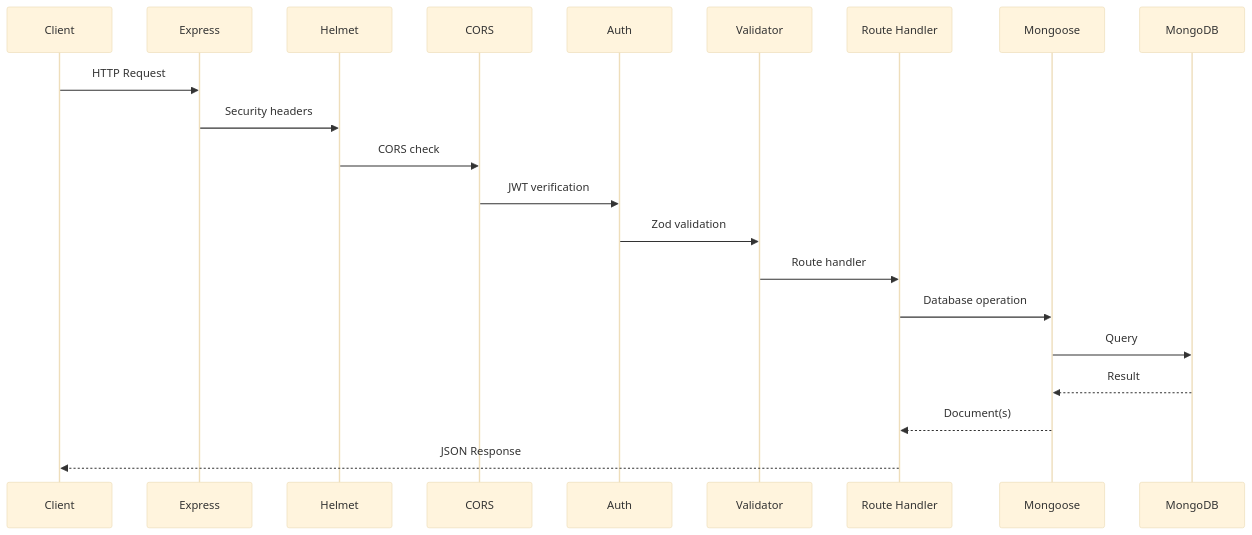
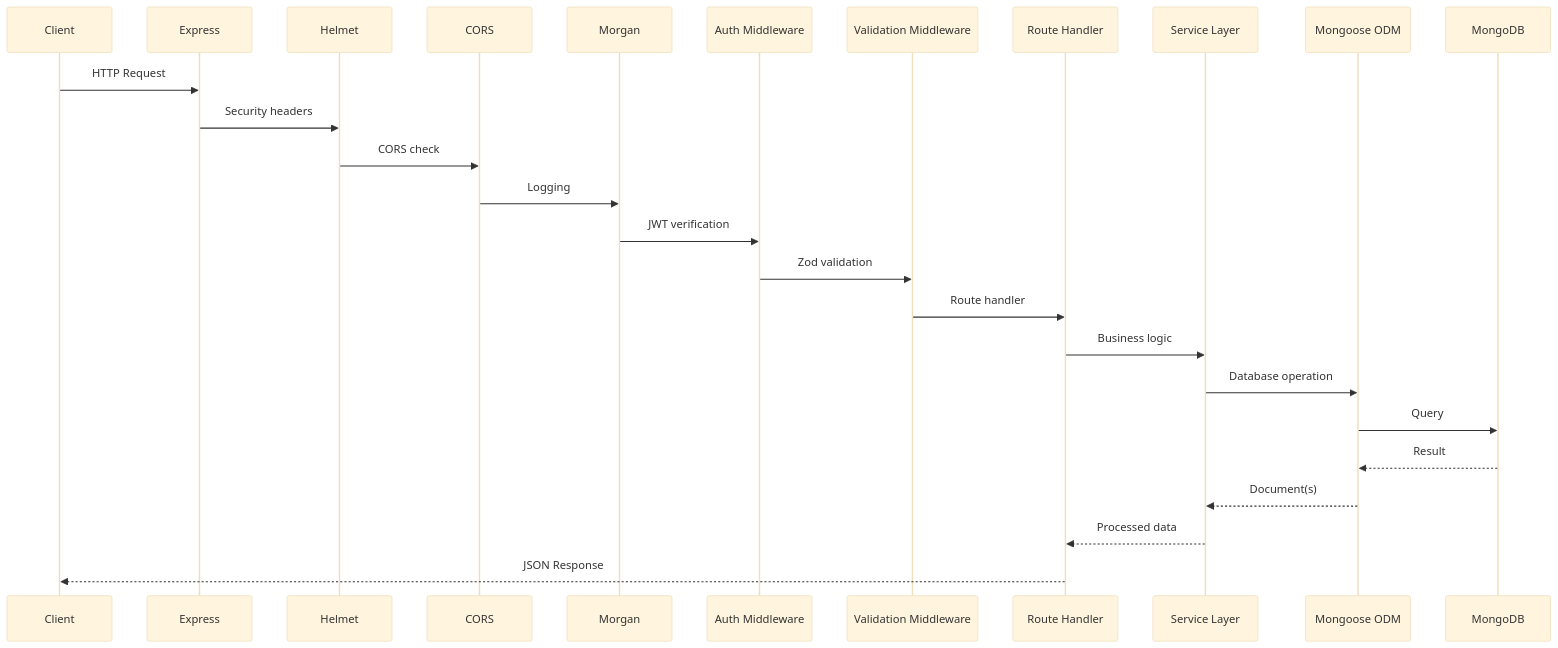
Before and after one commit to montimage-projects/mi-digitaltwin-management-service: the second of 3 diagrams in docs/architecture/backend.md, drawn with Mermaid (base theme). The commit also changed other lines of this file and 1 other file, not shown here.

First line of the commit message:
docs: regenerate API and backend architecture docs (#145)

````diff
--- a/docs/architecture/backend.md
+++ b/docs/architecture/backend.md
@@ -116,24 +199,29 @@
 ```mermaid
 sequenceDiagram
  participant C as Client
  participant E as Express
  participant H as Helmet
  participant CO as CORS
- participant A as Auth
- participant V as Validator
+ participant M as Morgan
+ participant A as Auth Middleware
+ participant V as Validation Middleware
  participant R as Route Handler
- participant M as Mongoose
+ participant S as Service Layer
+ participant Mongoose as Mongoose ODM
  participant DB as MongoDB
 
  C->>E: HTTP Request
  E->>H: Security headers
  H->>CO: CORS check
- CO->>A: JWT verification
+ CO->>M: Logging
+ M->>A: JWT verification
  A->>V: Zod validation
  V->>R: Route handler
- R->>M: Database operation
- M->>DB: Query
- DB-->>M: Result
- M-->>R: Document(s)
+ R->>S: Business logic
+ S->>Mongoose: Database operation
+ Mongoose->>DB: Query
+ DB-->>Mongoose: Result
+ Mongoose-->>S: Document(s)
+ S-->>R: Processed data
  R-->>C: JSON Response
 ```
````
